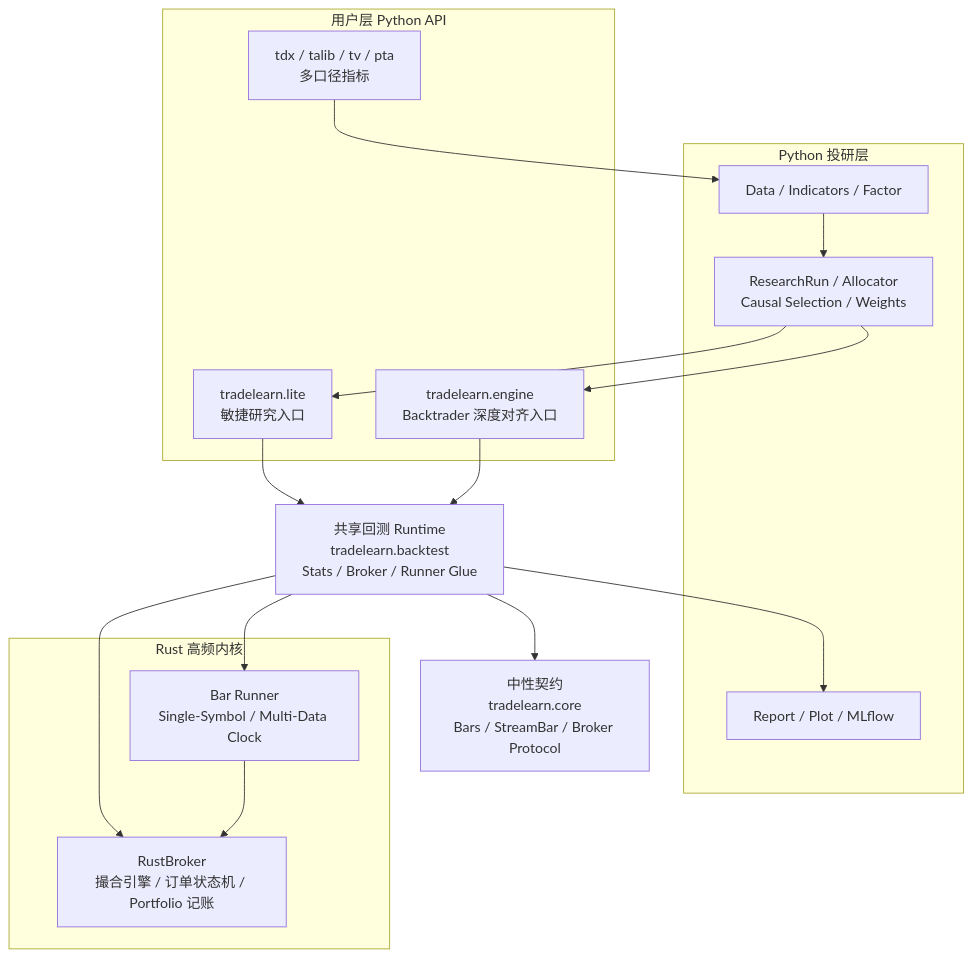
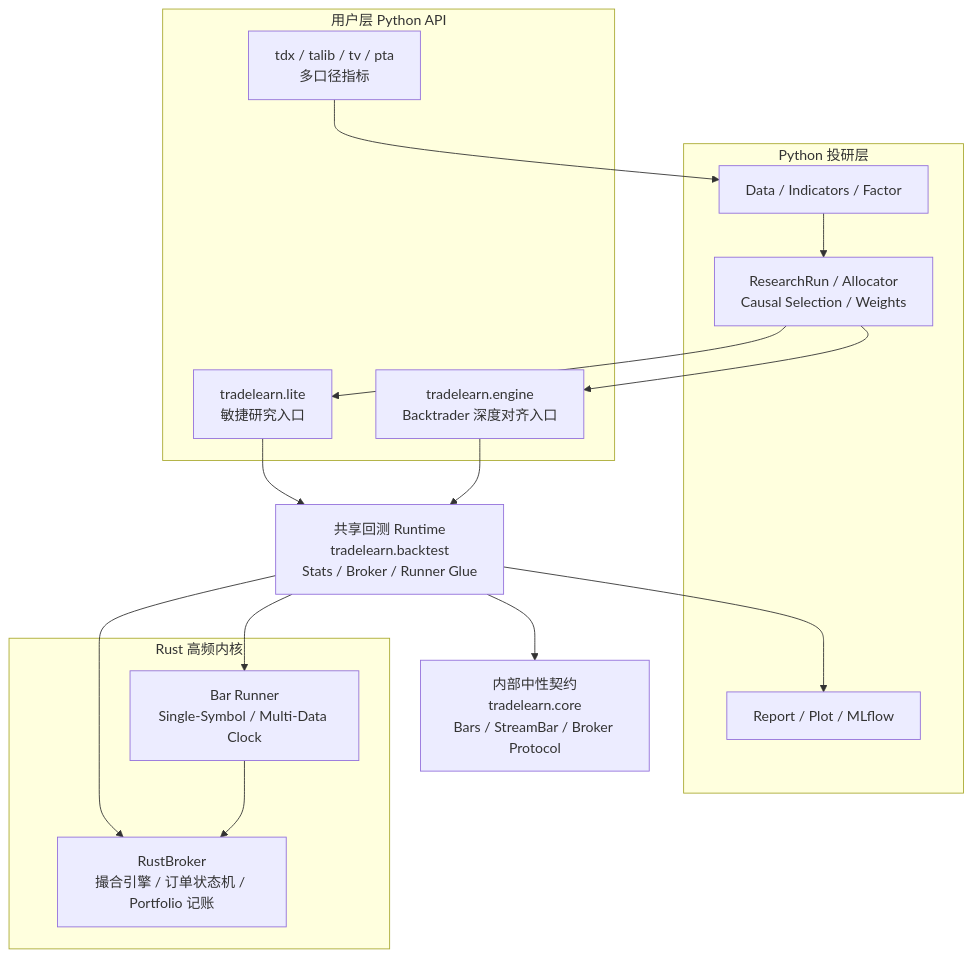
The diagram in docs/concepts/architecture.md (MuuYesen/trade-learn), drawn with Mermaid before and after one commit. The commit also changed other lines of this file and 70 other files, not shown here.

````diff
--- a/docs/concepts/architecture.md
+++ b/docs/concepts/architecture.md
@@ -9,35 +9,35 @@
 ```mermaid
 flowchart TB
     subgraph user[用户层 Python API]
         lite[tradelearn.lite<br/>敏捷研究入口]
         engine[tradelearn.engine<br/>Backtrader 深度对齐入口]
         ta[tdx / talib / tv / pta<br/>多口径指标]
     end
 
     subgraph research[Python 投研层]
         data[Data / Indicators / Factor]
         pipeline[ResearchRun / Allocator<br/>Causal Selection / Weights]
         report[Report / Plot / MLflow]
     end
 
     runtime[共享回测 Runtime<br/>tradelearn.backtest<br/>Stats / Broker / Runner Glue]
 
-    core[中性契约<br/>tradelearn.core<br/>Bars / StreamBar / Broker Protocol]
+    core[内部中性契约<br/>tradelearn.core<br/>Bars / StreamBar / Broker Protocol]
 
     subgraph rust[Rust 高频内核]
         runner[Bar Runner<br/>Single-Symbol / Multi-Data Clock]
         broker[RustBroker<br/>撮合引擎 / 订单状态机 / Portfolio 记账]
     end
 
     lite --> runtime
     engine --> runtime
     ta --> data
     data --> pipeline
     pipeline --> engine
     pipeline --> lite
     runtime --> core
     runtime --> runner
     runtime --> broker
     runner --> broker
     runtime --> report
 ```
````
